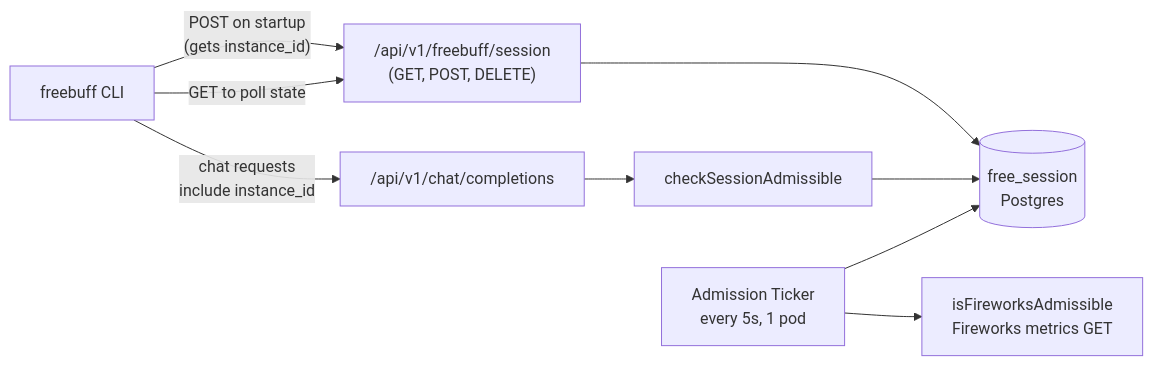
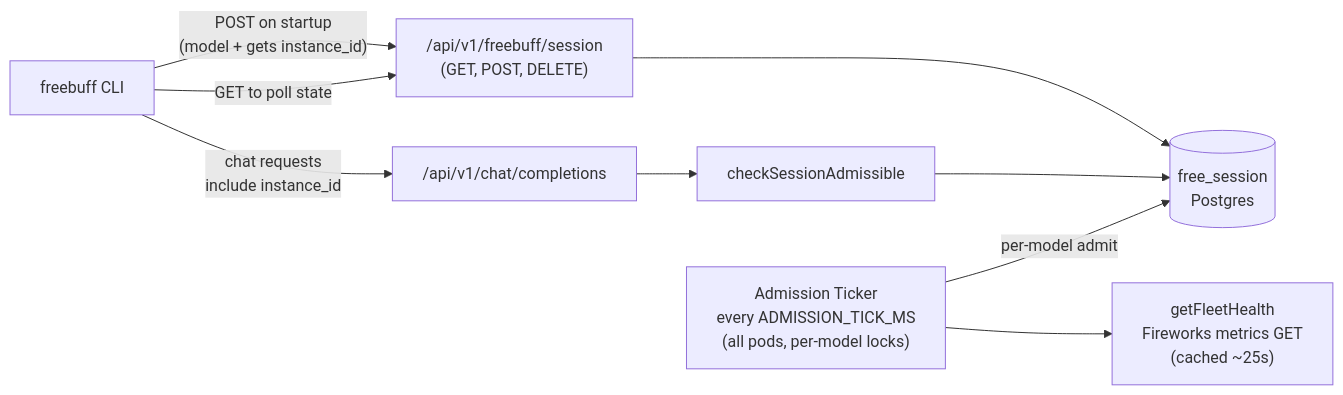
The first of 2 diagrams in apps/freebuff/docs/freebuff-waiting-room.md (innotelinc/jesus), drawn with Mermaid before and after one commit. The commit also changed other lines of this file and 28 other files, not shown here.

Commit message:
Add model selector to freebuff with per-model queues (#524)

````diff
--- a/apps/freebuff/docs/freebuff-waiting-room.md
+++ b/apps/freebuff/docs/freebuff-waiting-room.md
@@ -30,19 +30,19 @@
 ```mermaid
 flowchart LR
     CLI[freebuff CLI]
     SessionAPI["/api/v1/freebuff/session<br/>(GET, POST, DELETE)"]
     ChatAPI["/api/v1/chat/completions"]
     Gate[checkSessionAdmissible]
-    Ticker[Admission Ticker<br/>every 5s, 1 pod]
+    Ticker["Admission Ticker<br/>every ADMISSION_TICK_MS<br/>(all pods, per-model locks)"]
     Store[(free_session<br/>Postgres)]
-    Probe[isFireworksAdmissible<br/>Fireworks metrics GET]
+    Probe["getFleetHealth<br/>Fireworks metrics GET<br/>(cached ~25s)"]
 
-    CLI -- "POST on startup<br/>(gets instance_id)" --> SessionAPI
+    CLI -- "POST on startup<br/>(model + gets instance_id)" --> SessionAPI
     CLI -- "GET to poll state" --> SessionAPI
     CLI -- "chat requests<br/>include instance_id" --> ChatAPI
     SessionAPI --> Store
     ChatAPI --> Gate
     Gate --> Store
-    Ticker --> Store
+    Ticker -- "per-model admit" --> Store
     Ticker --> Probe
 ```
````
